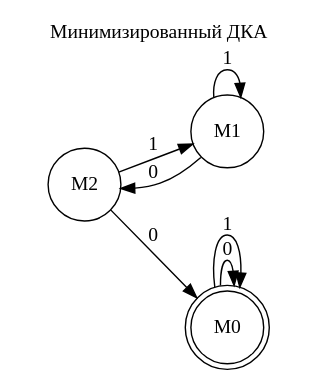
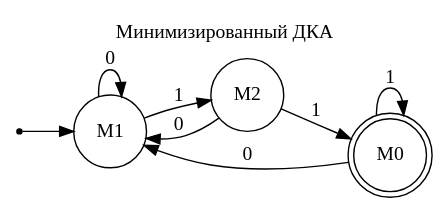
One commit to GhostManSSR/Vyz_study changed the diagram in NKAminimizationDKA/app/graphs/минимизированный_дка.dot. Above: the diagram before and after it, drawn with Graphviz. The commit also changed 14 other files, not shown here.

```diff
--- a/NKAminimizationDKA/app/graphs/минимизированный_дка.dot
+++ b/NKAminimizationDKA/app/graphs/минимизированный_дка.dot
@@ -1,14 +1,16 @@
 digraph Automaton {
     rankdir=LR;
     graph [label="Минимизированный ДКА", labelloc=t];
     node [shape=circle];
+    "__start" [shape=point, label=""];
+    "__start" -> "M1";
     "M0" [label="M0", shape=doublecircle];
     "M1" [label="M1"];
     "M2" [label="M2"];
-    "M0" -> "M0" [label="0"];
+    "M0" -> "M1" [label="0"];
     "M0" -> "M0" [label="1"];
-    "M1" -> "M2" [label="0"];
-    "M1" -> "M1" [label="1"];
-    "M2" -> "M0" [label="0"];
-    "M2" -> "M1" [label="1"];
+    "M1" -> "M1" [label="0"];
+    "M1" -> "M2" [label="1"];
+    "M2" -> "M1" [label="0"];
+    "M2" -> "M0" [label="1"];
 }
```
